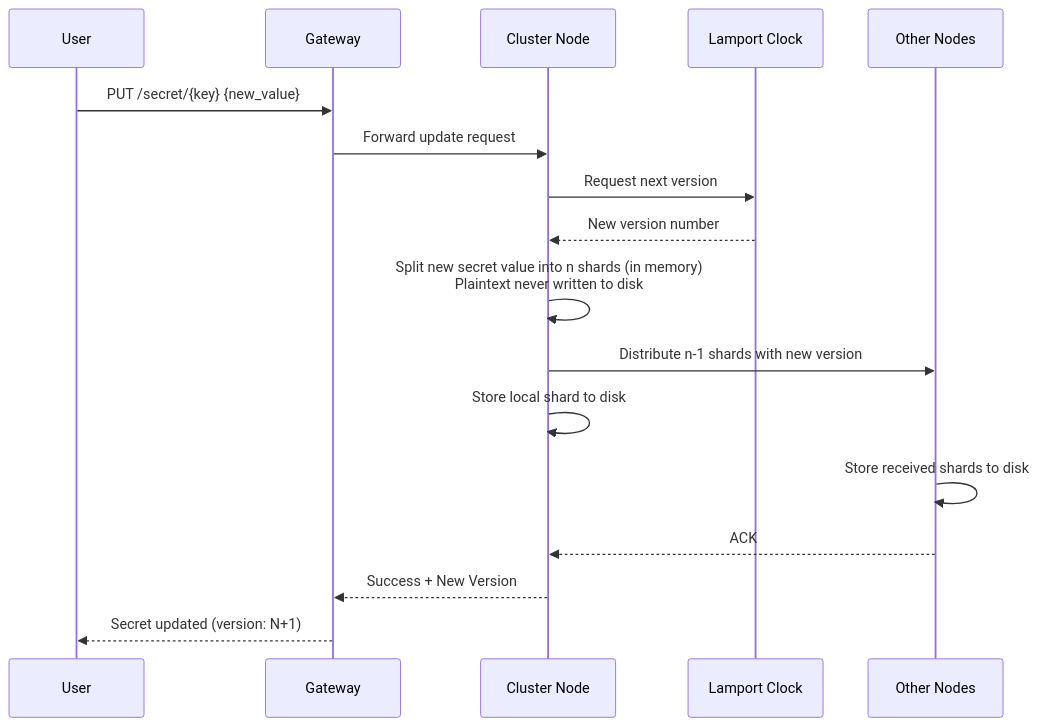
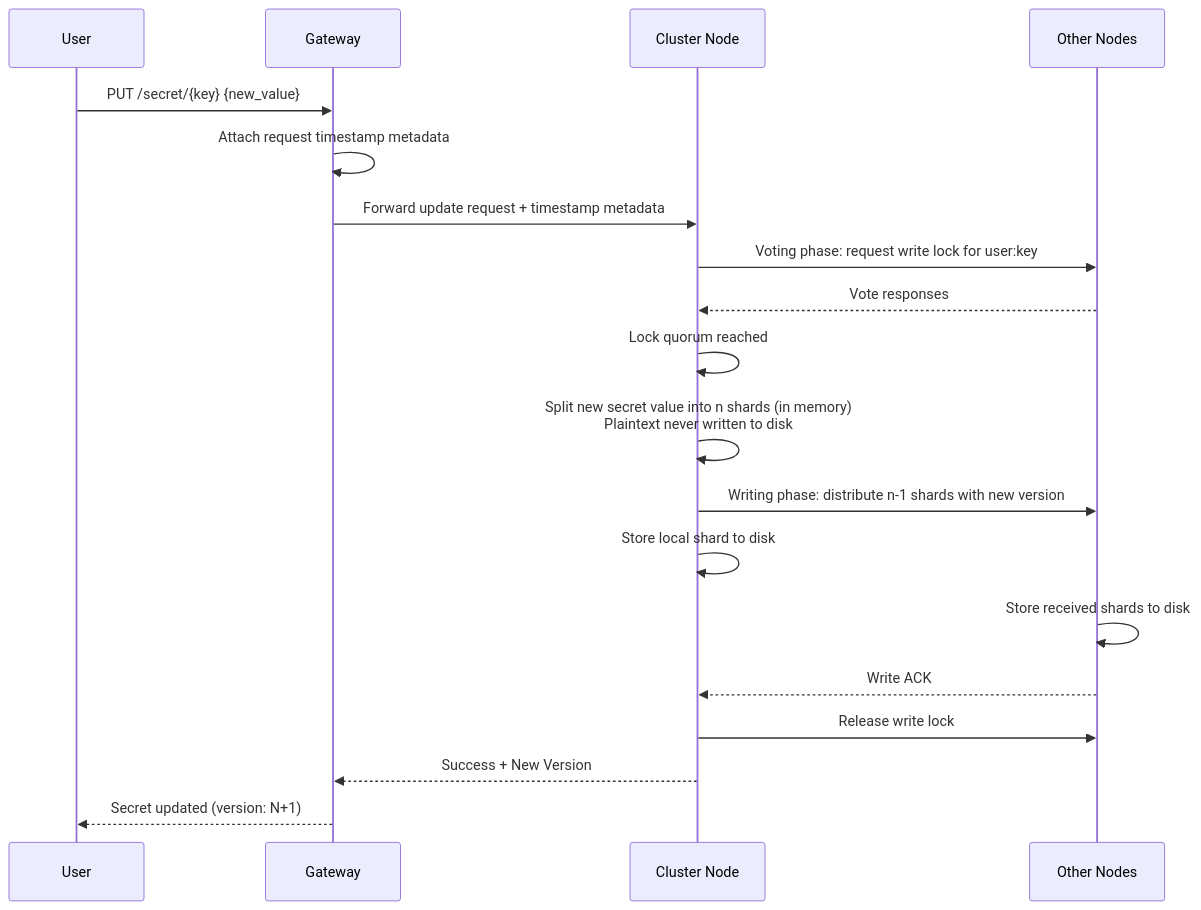
The fourth of 7 diagrams in docs/architecture.md (S26-Distributed-Capstone/DistributedSecretsVault), drawn with Mermaid before and after one commit. The commit also changed other lines of this file and 6 other files, not shown here.

````diff
--- a/docs/architecture.md
+++ b/docs/architecture.md
@@ -101,20 +112,22 @@
 ```mermaid
 sequenceDiagram
     participant User
     participant Gateway
     participant Node1 as Cluster Node
-    participant Clock as Lamport Clock
     participant Nodes as Other Nodes
 
     User->>Gateway: PUT /secret/{key} {new_value}
-    Gateway->>Node1: Forward update request
-    Node1->>Clock: Request next version
-    Clock-->>Node1: New version number
+    Gateway->>Gateway: Attach request timestamp metadata
+    Gateway->>Node1: Forward update request + timestamp metadata
+    Node1->>Nodes: Voting phase: request write lock for user:key
+    Nodes-->>Node1: Vote responses
+    Node1->>Node1: Lock quorum reached
     Node1->>Node1: Split new secret value into n shards (in memory)<br/>Plaintext never written to disk
-    Node1->>Nodes: Distribute n-1 shards with new version
+    Node1->>Nodes: Writing phase: distribute n-1 shards with new version
     Node1->>Node1: Store local shard to disk
     Nodes->>Nodes: Store received shards to disk
-    Nodes-->>Node1: ACK
+    Nodes-->>Node1: Write ACK
+    Node1->>Nodes: Release write lock
     Node1-->>Gateway: Success + New Version
     Gateway-->>User: Secret updated (version: N+1)
 ```
````
